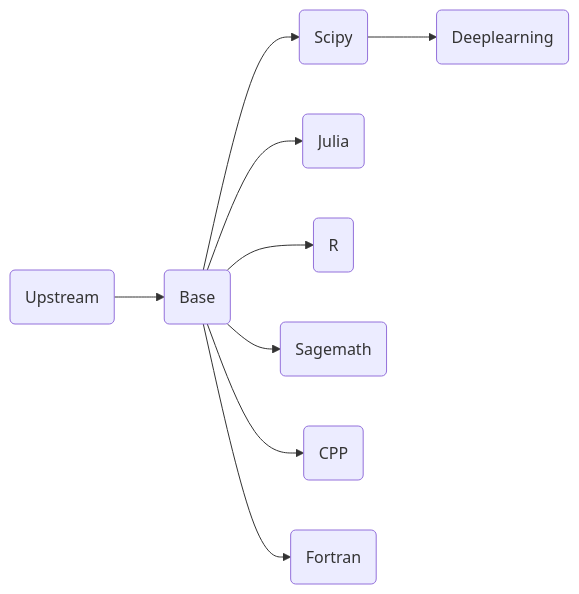
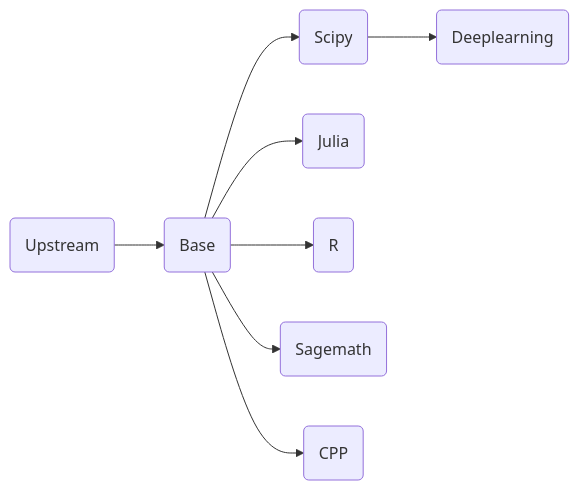
The diagram in README.md (ben0i0d/jupyter-image-stacks), drawn with Mermaid before and after one commit. The commit also changed other lines of this file and 2 other files, not shown here.

Commit message:
更新 .gitlab-ci.yml, README.md 已删除 fortran/Dockerfile

````diff
--- a/README.md
+++ b/README.md
@@ -14,10 +14,9 @@
 ```mermaid
 graph LR
 A(Upstream)-->B(Base)
 B-->C(Scipy)-->D(Deeplearning)	
 B-->E(Julia)
 B-->F(R)
 B-->G(Sagemath)
 B-->H(CPP)
-B-->I(Fortran)
 ```  
````
